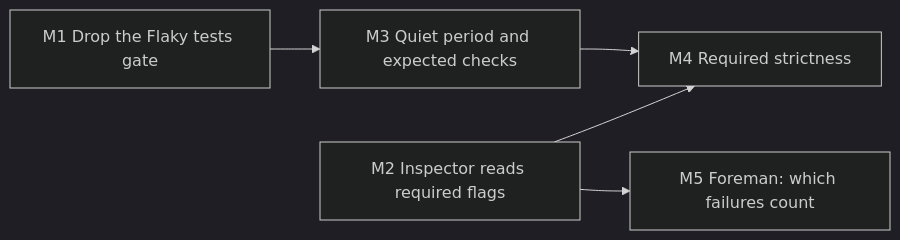
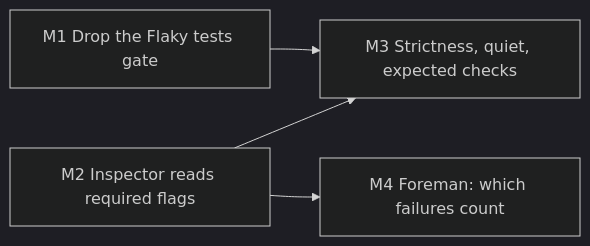
The second of 2 diagrams in docs/plans/ci-strictness/plan.md (ramiro314/mission-control), drawn with Mermaid (dark theme) before and after one commit. The commit also changed other lines of this file, not shown here.

````diff
--- a/docs/plans/ci-strictness/plan.md
+++ b/docs/plans/ci-strictness/plan.md
@@ -761,7 +760,6 @@
 ```mermaid
 flowchart LR
-  M1["M1 Drop the Flaky tests gate"] --> M3["M3 Quiet period and expected checks"]
-  M3 --> M4["M4 Required strictness"]
-  M2["M2 Inspector reads required flags"] --> M4
-  M2 --> M5["M5 Foreman: which failures count"]
+  M1["M1 Drop the Flaky tests gate"] --> M3["M3 Strictness, quiet, expected checks"]
+  M2["M2 Inspector reads required flags"] --> M3
+  M2 --> M4["M4 Foreman: which failures count"]
 ```
````
